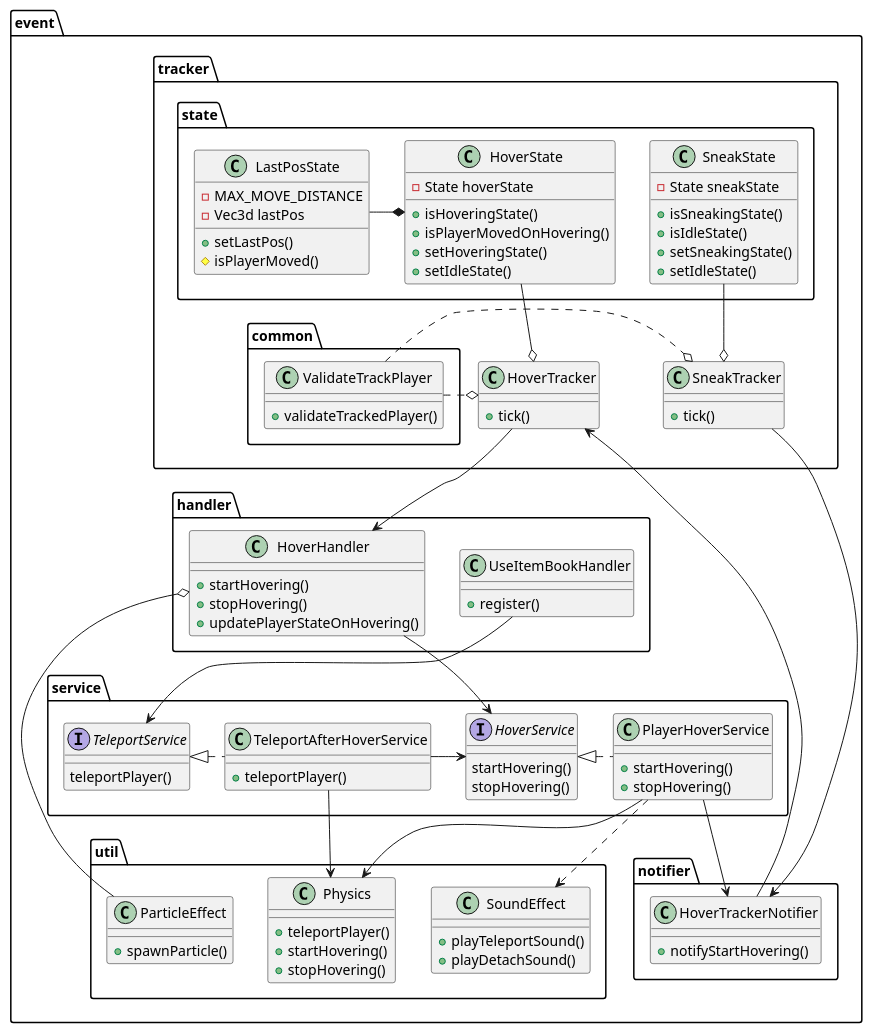
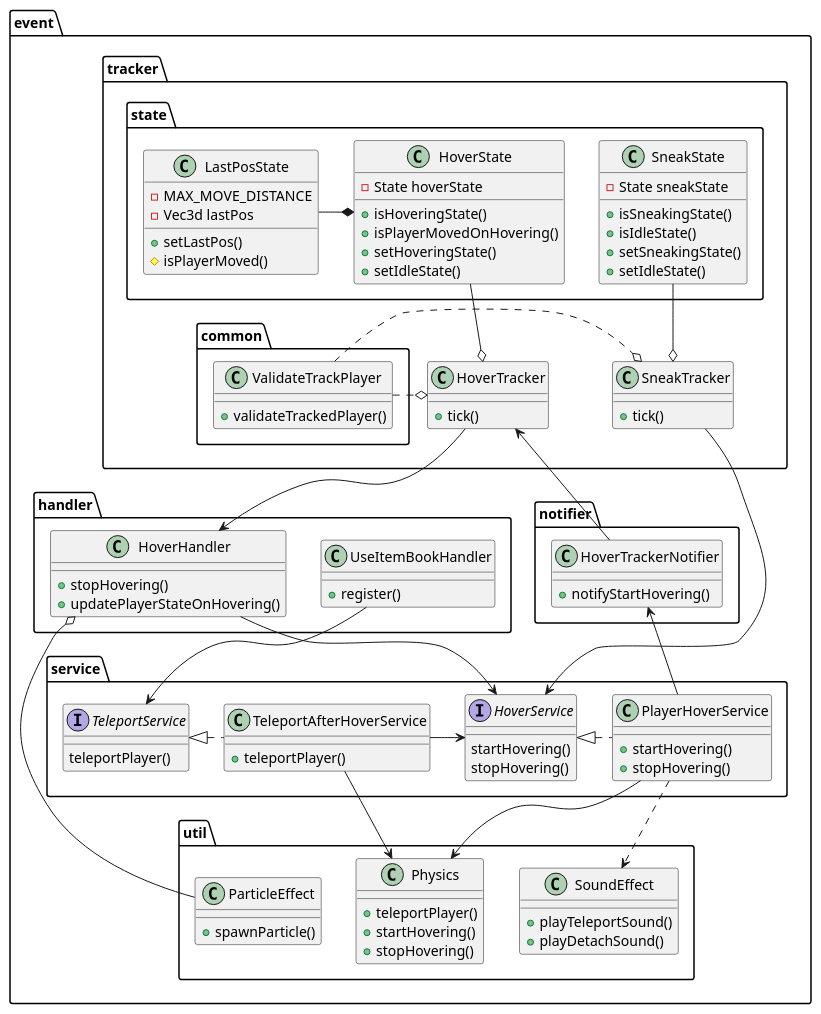
One commit to yuu-sky20/step-move-mod changed the diagram in src/main/java/com/ysk/stepmove/event/Class.puml. Above: the diagram before and after it, drawn with PlantUML. The commit also changed 9 other files, not shown here.

```diff
--- a/src/main/java/com/ysk/stepmove/event/Class.puml
+++ b/src/main/java/com/ysk/stepmove/event/Class.puml
@@ -1,119 +1,118 @@
 @startuml
 
 package event {
 
     package "tracker" {
         package "state" {
             class "LastPosState" {
                 -MAX_MOVE_DISTANCE
                 -Vec3d lastPos
                 +setLastPos()
                 #isPlayerMoved()
             }
             class "HoverState" {
                 -State hoverState
                 +isHoveringState()
                 +isPlayerMovedOnHovering()
                 +setHoveringState()
                 +setIdleState()
             }
             class "SneakState" {
                 -State sneakState
                 +isSneakingState()
                 +isIdleState()
                 +setSneakingState()
                 +setIdleState()
             }
         }
         package "common" {
             class "ValidateTrackPlayer" {
                 +validateTrackedPlayer()
             }
         }
 
         class "HoverTracker" {
             +tick()
         }
         class "SneakTracker" {
             +tick()
         }
     }
 
     package "handler" {
         class "UseItemBookHandler" {
             +register()
         }
         class "HoverHandler" {
-            +startHovering()
             +stopHovering()
             +updatePlayerStateOnHovering()
         }
     }
 
     package "service" {
         interface "TeleportService" {
             teleportPlayer()
         }
         class "TeleportAfterHoverService" {
             +teleportPlayer()
         }
         interface "HoverService" {
             startHovering()
             stopHovering()
         }
         class "PlayerHoverService" {
             +startHovering()
             +stopHovering()
         }
     }
 
     package "notifier" {
         class "HoverTrackerNotifier" {
             +notifyStartHovering()
         }
     }
 
     package "util" {
         class "Physics" {
             +teleportPlayer()
             +startHovering()
             +stopHovering()
         }
         class "ParticleEffect" {
             +spawnParticle()
         }
         class "SoundEffect" {
             +playTeleportSound()
             +playDetachSound()
         }
     }
 }
 
 "LastPosState" -* "HoverState"
 
 "SneakState" --o "SneakTracker"
 "HoverState" --o "HoverTracker"
 
 "HoverTracker" --> "HoverHandler"
-"SneakTracker" --> "HoverTrackerNotifier"
+"SneakTracker" --> "HoverService"
 
 "HoverHandler" --> "HoverService"
 "UseItemBookHandler" --> "TeleportService"
 
 "HoverTrackerNotifier" -up-> "HoverTracker"
 
 "HoverService" <|. "PlayerHoverService"
-"PlayerHoverService" --> "HoverTrackerNotifier"
+"PlayerHoverService" -up-> "HoverTrackerNotifier"
 "PlayerHoverService" --> "Physics"
 
 "TeleportService" <|. "TeleportAfterHoverService"
 "TeleportAfterHoverService" -> "HoverService"
 "TeleportAfterHoverService" --> "Physics"
 
 "PlayerHoverService" ..> "SoundEffect"
 "HoverHandler" o-- "ParticleEffect"
 
 "ValidateTrackPlayer" .o "HoverTracker"
 "ValidateTrackPlayer" .o "SneakTracker"
 
 @enduml
```
